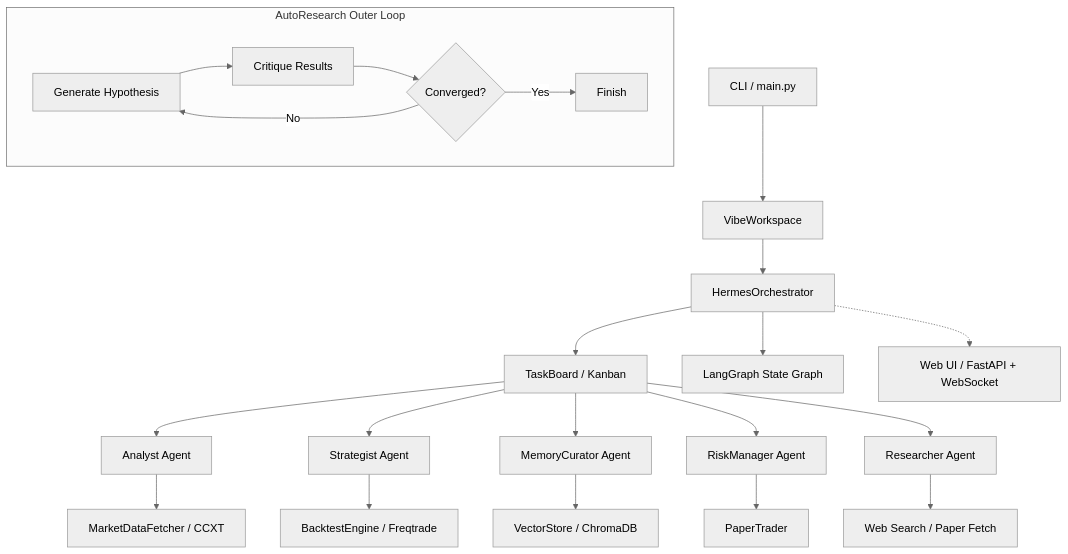
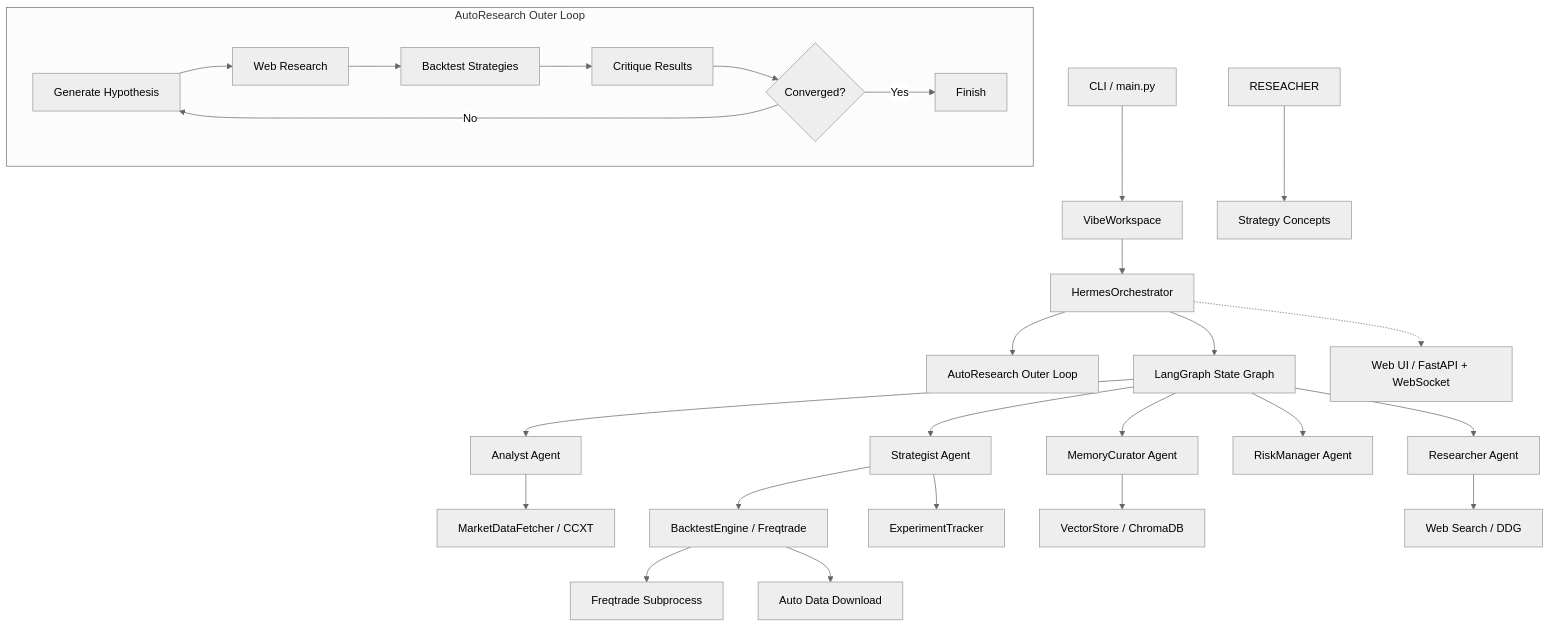
One commit to 4mrm4/crypto-agent-bot changed the diagram in README.md. Above: the diagram before and after it, drawn with Mermaid (neutral theme). The commit also changed other lines of this file and 27 other files, not shown here.

First line of the commit message:
Implement Sections A-H: experiment tracker, hyperopt, walk-forward, auto data, strategy concepts, auto-research, WebSocket streaming, metrics parsing fix, token tracker, live token usage in UI

````diff
--- a/README.md
+++ b/README.md
@@ -23,25 +47,30 @@
 ```mermaid
 graph TD
     CLI[CLI / main.py] --> WS[VibeWorkspace]
     WS --> HERMES[HermesOrchestrator]
-    HERMES --> BOARD[TaskBoard / Kanban]
+    HERMES --> AUTO[AutoResearch Outer Loop]
     HERMES --> GRAPH[LangGraph State Graph]
-    BOARD --> ANALYST[Analyst Agent]
-    BOARD --> STRATEGIST[Strategist Agent]
-    BOARD --> CURATOR[MemoryCurator Agent]
-    BOARD --> RISK[RiskManager Agent]
-    BOARD --> RESEARCHER[Researcher Agent]
+    GRAPH --> ANALYST[Analyst Agent]
+    GRAPH --> STRATEGIST[Strategist Agent]
+    GRAPH --> CURATOR[MemoryCurator Agent]
+    GRAPH --> RISK[RiskManager Agent]
+    GRAPH --> RESEARCHER[Researcher Agent]
     ANALYST --> FETCHER[MarketDataFetcher / CCXT]
     STRATEGIST --> ENGINE[BacktestEngine / Freqtrade]
+    STRATEGIST --> TRACKER[ExperimentTracker]
     CURATOR --> MEMORY[VectorStore / ChromaDB]
-    RISK --> PAPER[PaperTrader]
-    RESEARCHER --> WEB[Web Search / Paper Fetch]
+    RESEARCHER --> WEB[Web Search / DDG]
+    RESEACHER --> CONCEPTS[Strategy Concepts]
     HERMES -.-> UI[Web UI / FastAPI + WebSocket]
+    ENGINE --> FREQ[Freqtrade Subprocess]
+    ENGINE --> SETUP[Auto Data Download]
 
     subgraph "AutoResearch Outer Loop"
-        HYP[Generate Hypothesis] --> CRIT[Critique Results]
+        HYP[Generate Hypothesis] --> RESEARCH[Web Research]
+        RESEARCH --> BACKTEST[Backtest Strategies]
+        BACKTEST --> CRIT[Critique Results]
         CRIT --> CONV{Converged?}
         CONV -->|No| HYP
         CONV -->|Yes| DONE[Finish]
     end
 ```
````
